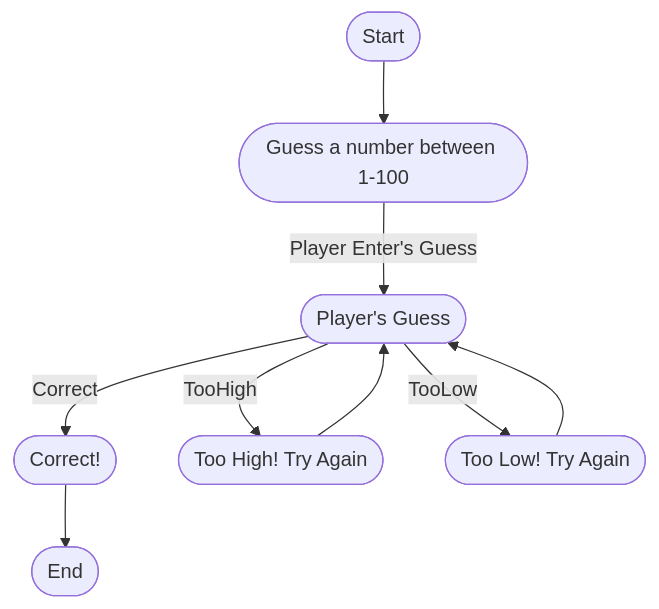
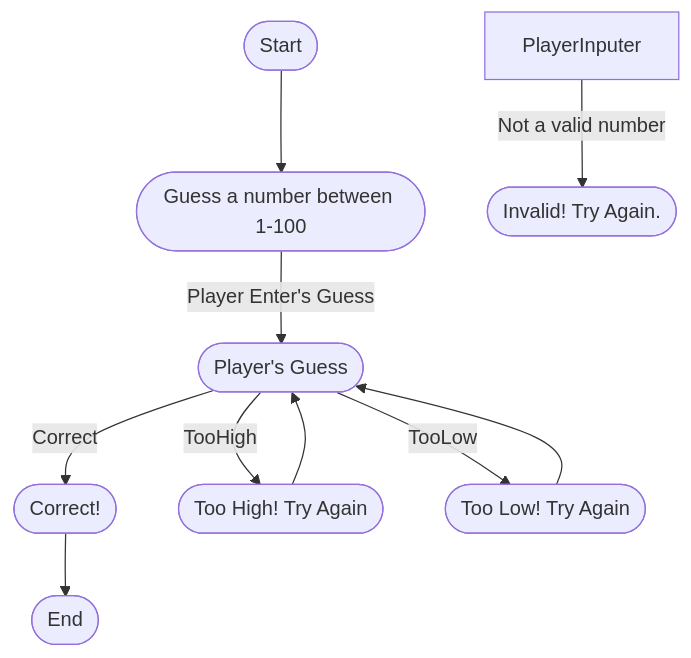
The diagram in Guessing.md (veturon2/veturon2.github.io), drawn with Mermaid before and after one commit.

````diff
--- a/Guessing.md
+++ b/Guessing.md
@@ -3,13 +3,15 @@
 ```mermaid
 flowchart TD
   Start([Start])-->RandomNumber([Guess a number between 1-100])
   RandomNumber--Player Enter's Guess-->PlayerInput([Player's Guess])
+
+  PlayerInputer--Not a valid number-->InvalidNumber([Invalid! Try Again.])
   
   PlayerInput--Correct-->CorrectGuess([Correct!])
   PlayerInput--TooHigh-->WrongGuessHigh([Too High! Try Again])
   PlayerInput--TooLow-->WrongGuessLow([Too Low! Try Again])
   
   WrongGuessHigh-->PlayerInput
   WrongGuessLow-->PlayerInput
   CorrectGuess-->End([End])
 ```
````
